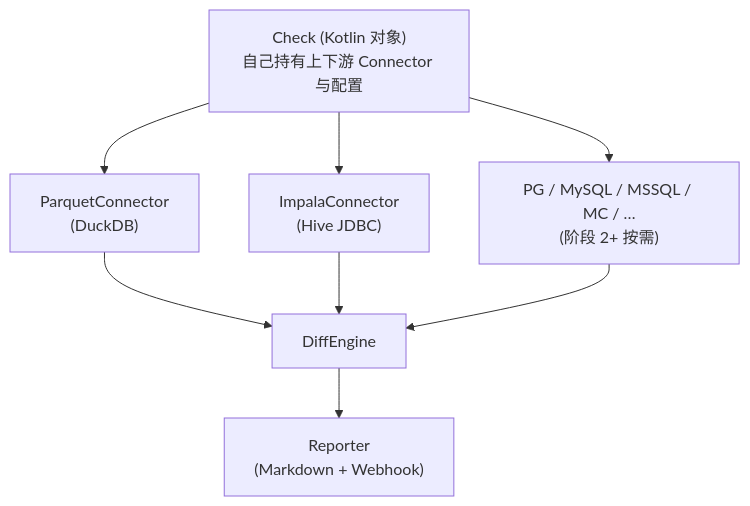
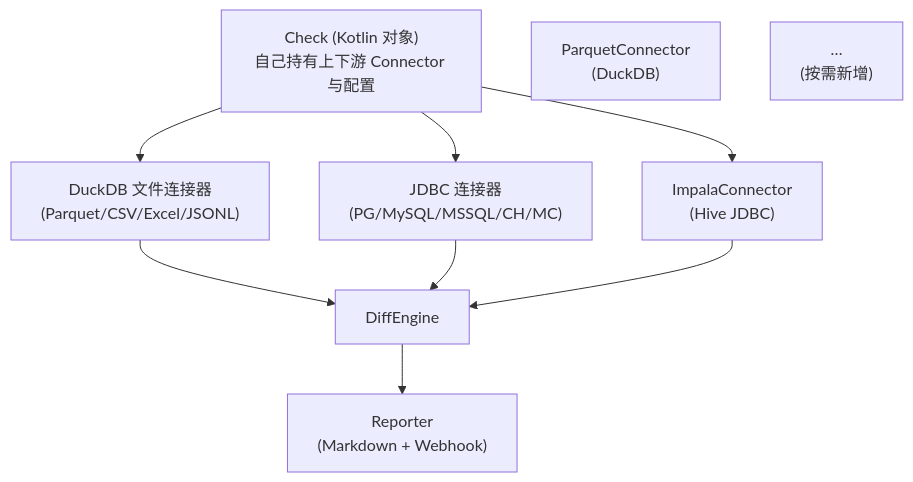
One commit to langbiantianya/sync_diif changed the first of 2 diagrams in README.md. Above: the diagram before and after it, drawn with Mermaid. The commit also changed other lines of this file, not shown here.

````diff
--- a/README.md
+++ b/README.md
@@ -23,17 +23,19 @@
 ```mermaid
 flowchart TD
     Check["Check (Kotlin 对象)<br/>自己持有上下游 Connector 与配置"]
     Parquet["ParquetConnector<br/>(DuckDB)"]
     Impala["ImpalaConnector<br/>(Hive JDBC)"]
-    Future["PG / MySQL / MSSQL / MC / …<br/>(阶段 2+ 按需)"]
+    DuckDBFile["DuckDB 文件连接器<br/>(Parquet/CSV/Excel/JSONL)"]
+    Jdbc["JDBC 连接器<br/>(PG/MySQL/MSSQL/CH/MC)"]
+    Future["…<br/>(按需新增)"]
     Engine["DiffEngine"]
     Report["Reporter<br/>(Markdown + Webhook)"]
 
-    Check --> Parquet
+    Check --> DuckDBFile
+    Check --> Jdbc
     Check --> Impala
-    Check --> Future
-    Parquet --> Engine
+    DuckDBFile --> Engine
+    Jdbc --> Engine
     Impala --> Engine
-    Future --> Engine
     Engine --> Report
 ```
````
